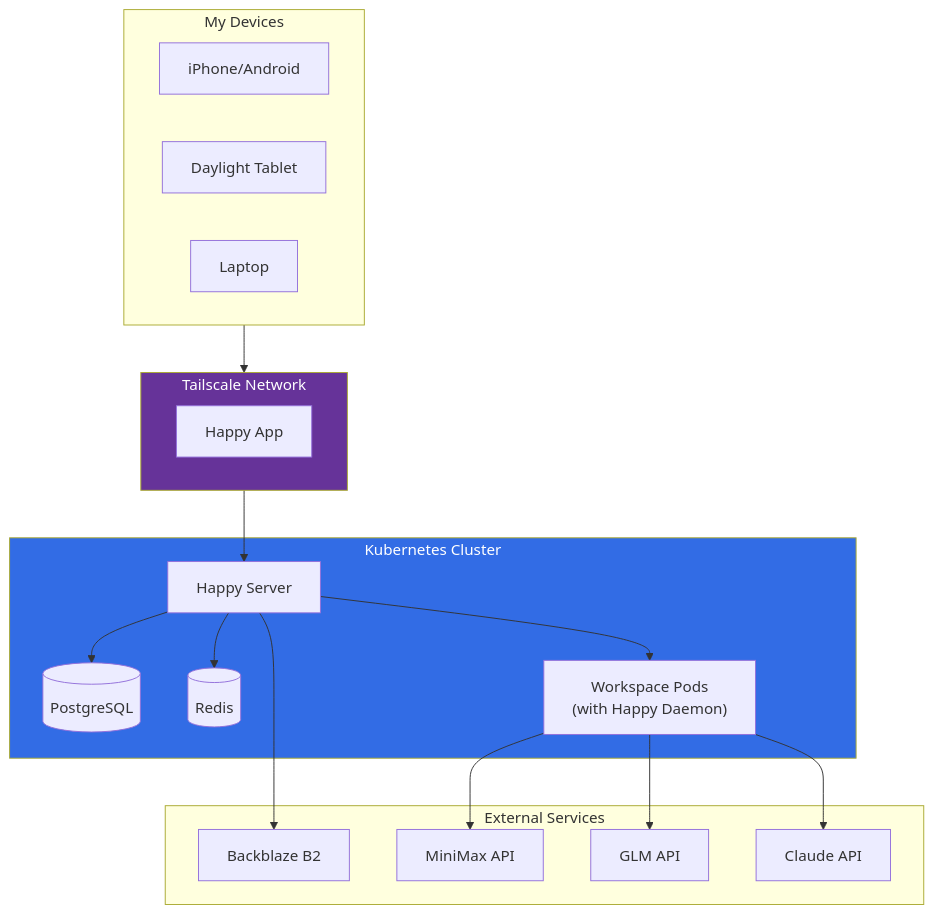
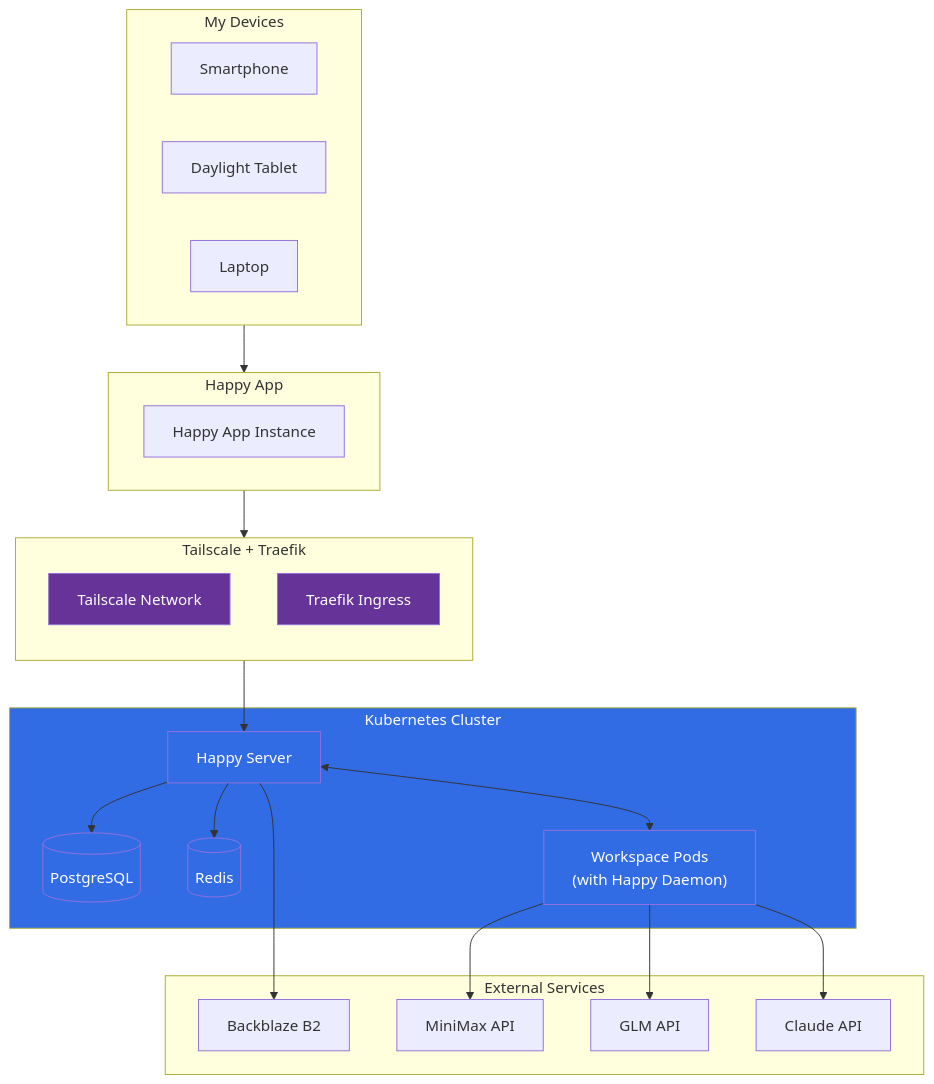
One commit to denysvitali/denvit-blog changed the diagram in content/posts/im-happy-engineer-now.md. Above: the diagram before and after it, drawn with Mermaid. The commit also changed other lines of this file, not shown here.

````diff
--- a/content/posts/im-happy-engineer-now.md
+++ b/content/posts/im-happy-engineer-now.md
@@ -99,41 +98,48 @@
 ```mermaid
 graph TB
     subgraph Devices[My Devices]
-        D1[iPhone/Android]
+        D1[Smartphone]
         D2[Daylight Tablet]
         D3[Laptop]
     end
 
-    subgraph Tailscale[Tailscale Network]
-        H1[Happy App]
+    subgraph HappyApp[Happy App]
+        HA[Happy App Instance]
+    end
+
+    subgraph Network[Tailscale + Traefik]
+        direction TB
+        TS[Tailscale Network]
+        TR[Traefik Ingress]
     end
 
     subgraph K8s[Kubernetes Cluster]
         S["Happy Server"]
         DB[(PostgreSQL)]
         R[(Redis)]
         W["Workspace Pods<br/>(with Happy Daemon)"]
     end
 
     subgraph External[External Services]
         B2[Backblaze B2]
         LLM1[MiniMax API]
         LLM2[GLM API]
         LLM3[Claude API]
     end
 
-    Devices --> Tailscale
-    Tailscale --> S
+    Devices --> HappyApp
+    HappyApp --> Network
+    Network --> S
     S --> DB
     S --> R
     S --> B2
-    S --> W
+    S <--> W
     W --> LLM1
     W --> LLM2
     W --> LLM3
 
     classDef tailscale fill:#663399,color:#fff
     classDef k8s fill:#326CE5,color:#fff
-    class Tailscale tailscale
-    class K8s k8s
+    class TS,TR tailscale
+    class K8s,S,DB,R,W k8s
 ```
````
